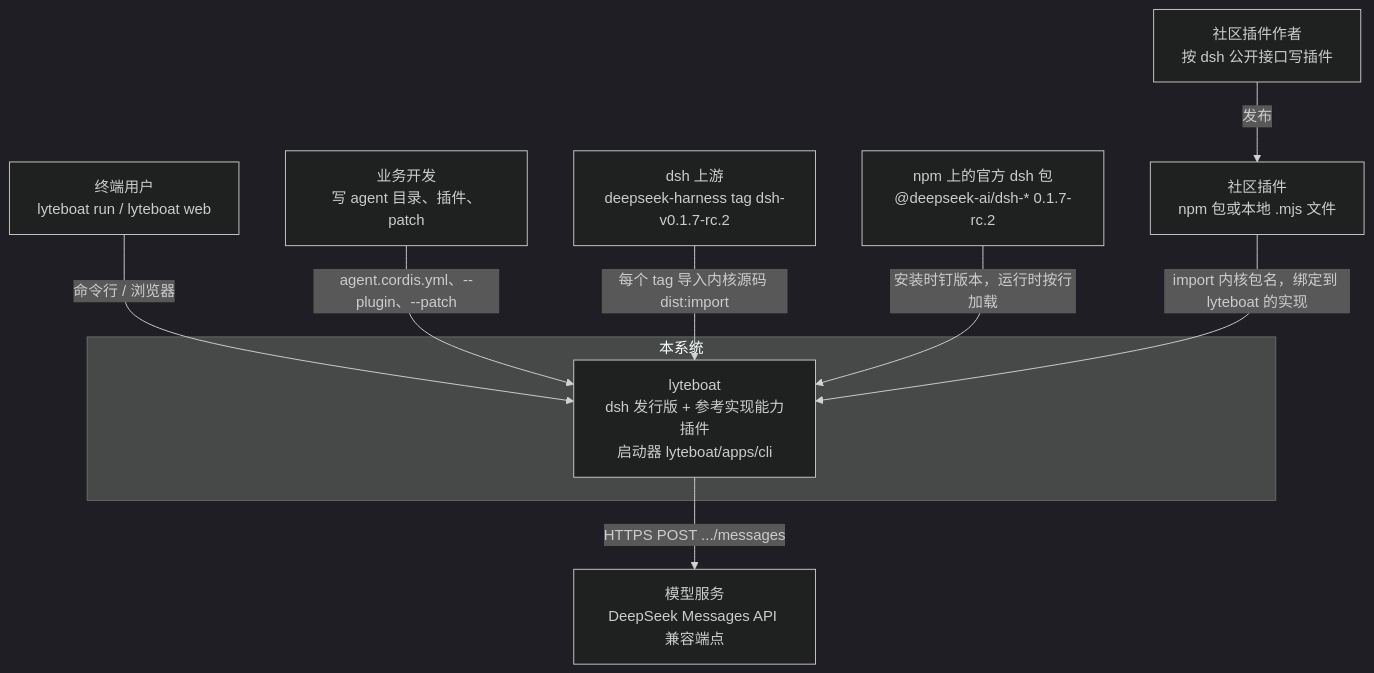
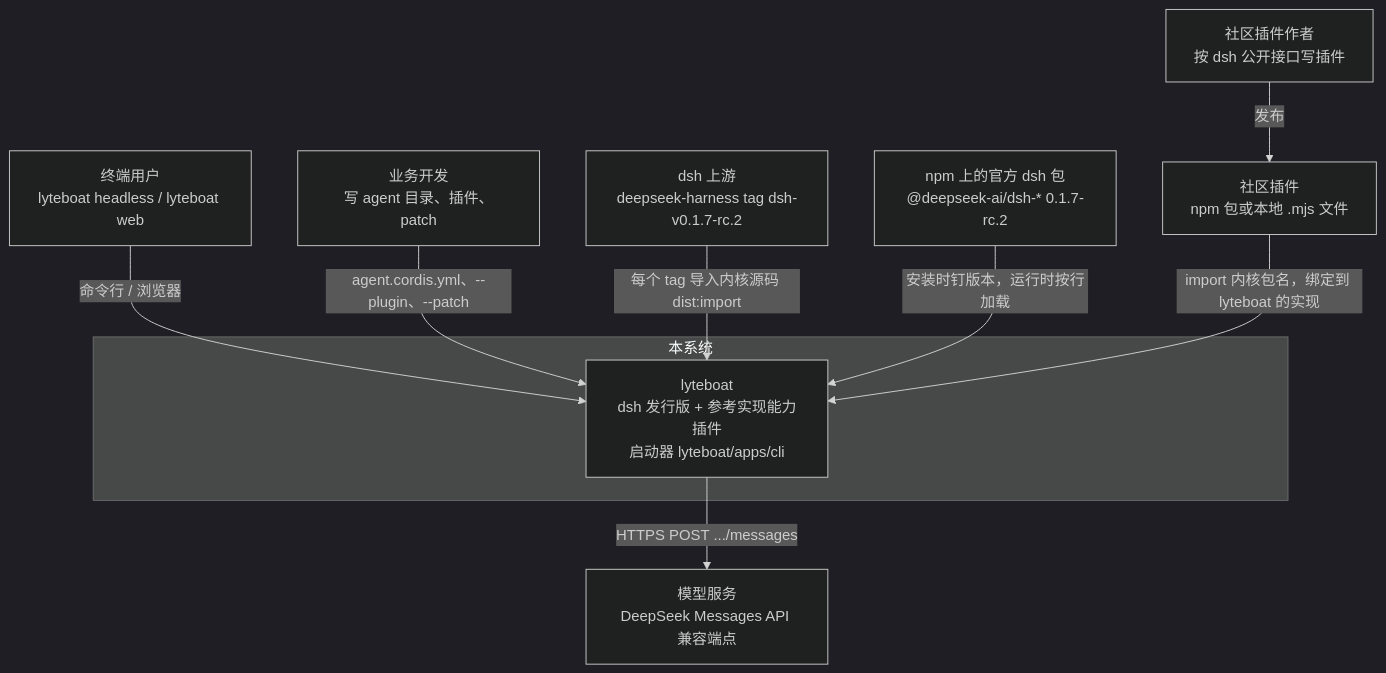
One commit to lyteboat/boat changed the first of 11 diagrams in docs/01-architecture.md. Above: the diagram before and after it, drawn with Mermaid (dark theme). The commit also changed other lines of this file and 61 other files, not shown here.

First line of the commit message:
F3-S1: lyteboat — `run` becomes `headless`, as dsh names its one-shot mode

````diff
--- a/docs/01-architecture.md
+++ b/docs/01-architecture.md
@@ -68,20 +68,20 @@
 ```mermaid
 flowchart TB
-  user["终端用户<br/>lyteboat run / lyteboat web"]
+  user["终端用户<br/>lyteboat headless / lyteboat web"]
   dev["业务开发<br/>写 agent 目录、插件、patch"]
   author["社区插件作者<br/>按 dsh 公开接口写插件"]
   subgraph SYS["本系统"]
     lyteboat["lyteboat<br/>dsh 发行版 + 参考实现能力插件<br/>启动器 lyteboat/apps/cli"]
   end
   upstream["dsh 上游<br/>deepseek-harness tag dsh-v0.1.7-rc.2"]
   npm["npm 上的官方 dsh 包<br/>@deepseek-ai/dsh-* 0.1.7-rc.2"]
   cplug["社区插件<br/>npm 包或本地 .mjs 文件"]
   model["模型服务<br/>DeepSeek Messages API 兼容端点"]
   user -->|"命令行 / 浏览器"| lyteboat
   dev -->|"agent.cordis.yml、--plugin、--patch"| lyteboat
   upstream -->|"每个 tag 导入内核源码 dist:import"| lyteboat
   npm -->|"安装时钉版本，运行时按行加载"| lyteboat
   author -->|"发布"| cplug
   cplug -->|"import 内核包名，绑定到 lyteboat 的实现"| lyteboat
   lyteboat -->|"HTTPS POST .../messages"| model
 ```
````
